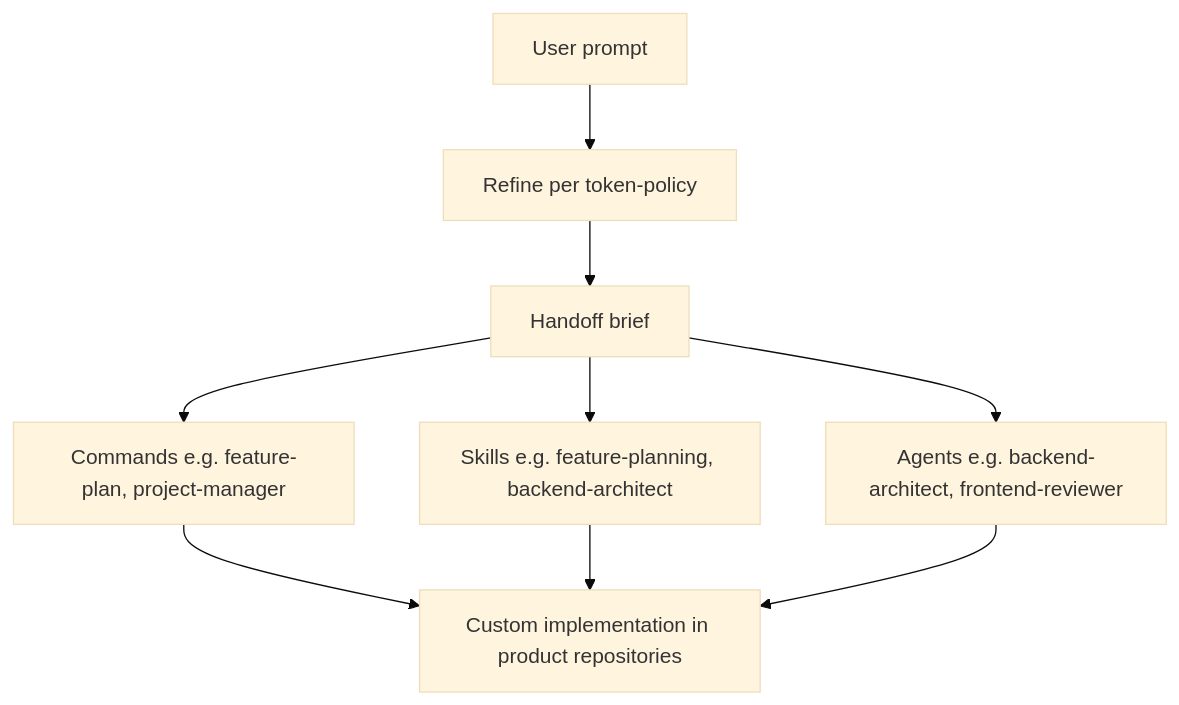
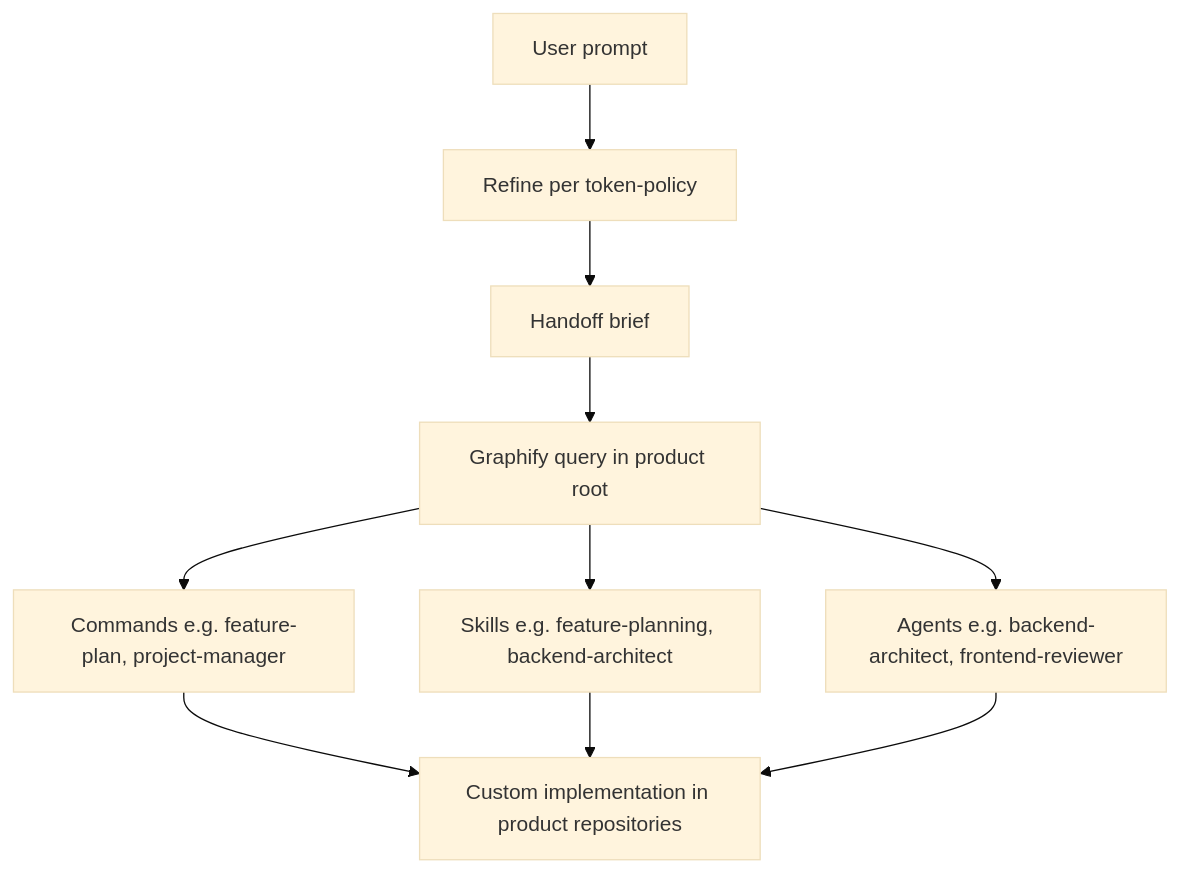
The diagram in README.md (iamjcabalejo/tb-custom-workflow), drawn with Mermaid (base theme) before and after one commit. The commit also changed other lines of this file and 63 other files, not shown here.

Commit message:
feat: integrate graphify for graph-first codebase navigation

````diff
--- a/README.md
+++ b/README.md
@@ -15,11 +44,12 @@
 ```mermaid
 flowchart TD
   U[User prompt] --> R[Refine per token-policy]
   R --> H[Handoff brief]
-  H --> C[Commands e.g. feature-plan, project-manager]
-  H --> S[Skills e.g. feature-planning, backend-architect]
-  H --> A[Agents e.g. backend-architect, frontend-reviewer]
+  H --> G[Graphify query in product root]
+  G --> C[Commands e.g. feature-plan, project-manager]
+  G --> S[Skills e.g. feature-planning, backend-architect]
+  G --> A[Agents e.g. backend-architect, frontend-reviewer]
   C --> I[Custom implementation in product repositories]
   S --> I
   A --> I
 ```
````
